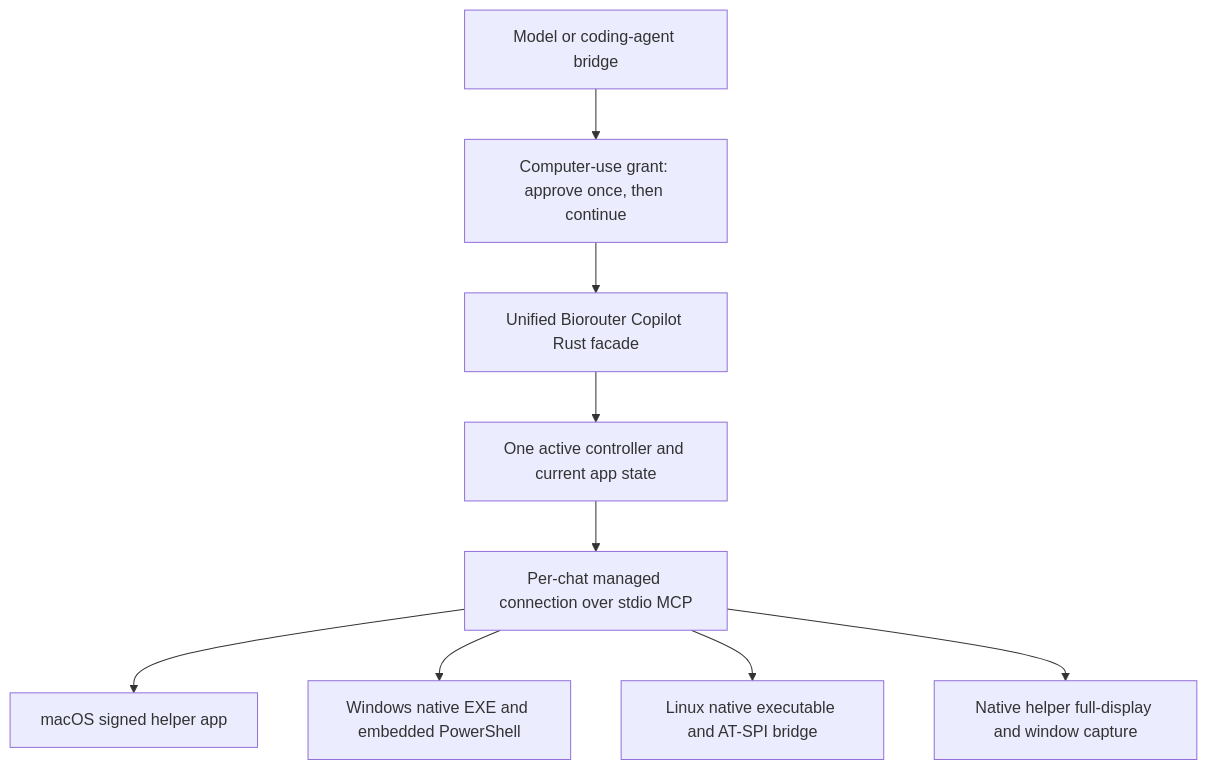
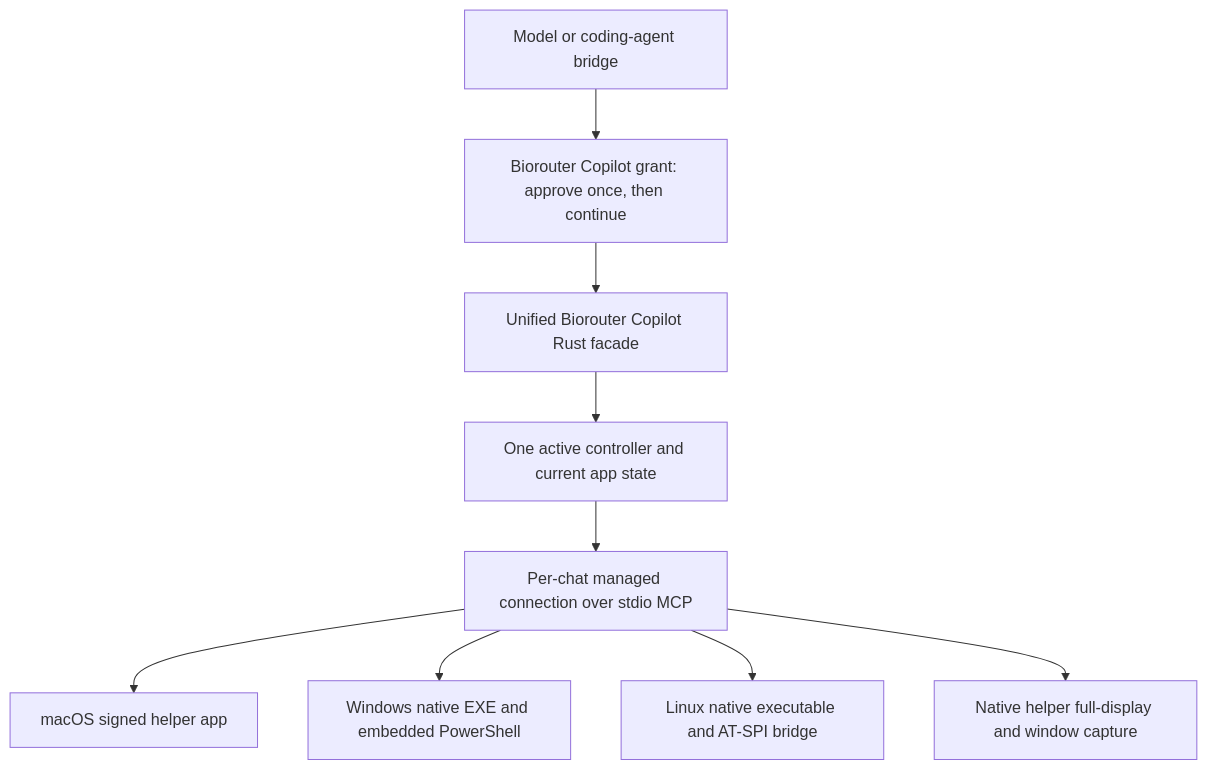
One commit to BaranziniLab/biorouter changed the diagram in docs/design/computer-use-integration-plan.md. Above: the diagram before and after it, drawn with Mermaid. The commit also changed 42 other files, not shown here.

````diff
--- a/docs/design/computer-use-integration-plan.md
+++ b/docs/design/computer-use-integration-plan.md
@@ -41,11 +41,11 @@
 ```mermaid
 flowchart TD
-    A[Model or coding-agent bridge] --> B[Computer-use grant: approve once, then continue]
+    A[Model or coding-agent bridge] --> B[Biorouter Copilot grant: approve once, then continue]
     B --> C[Unified Biorouter Copilot Rust facade]
     C --> D[One active controller and current app state]
     D --> E[Per-chat managed connection over stdio MCP]
     E --> M[macOS signed helper app]
     E --> W[Windows native EXE and embedded PowerShell]
     E --> L[Linux native executable and AT-SPI bridge]
     E --> F[Native helper full-display and window capture]
 ```
````
